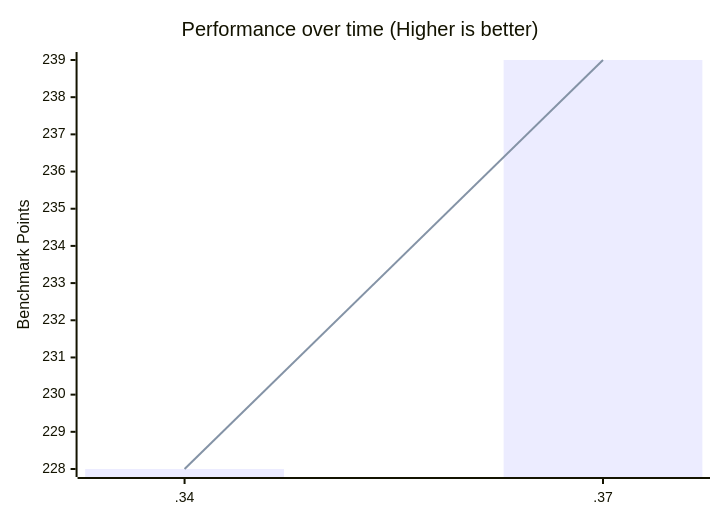
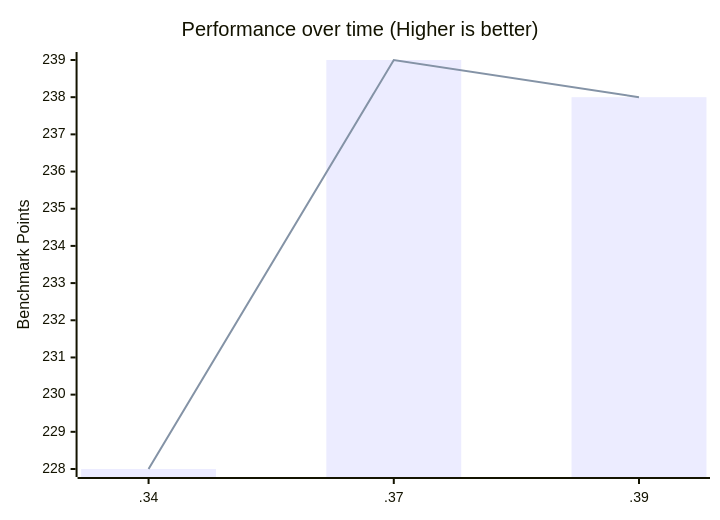
One commit to zen-browser/docs changed the second of 4 diagrams in content/benchmarks.md. Above: the diagram before and after it, drawn with Mermaid. The commit also changed other lines of this file, not shown here.

````diff
--- a/content/benchmarks.md
+++ b/content/benchmarks.md
@@ -50,8 +52,8 @@
 ```mermaid
 xychart-beta
     title "Performance over time (Higher is better)"
-    x-axis [.34,.37]
+    x-axis [.34,.37,.39]
     y-axis "Benchmark Points"
-    bar [228,239]
-    line [228,239]
+    bar [228,239,238]
+    line [228,239,238]
 ```
````
